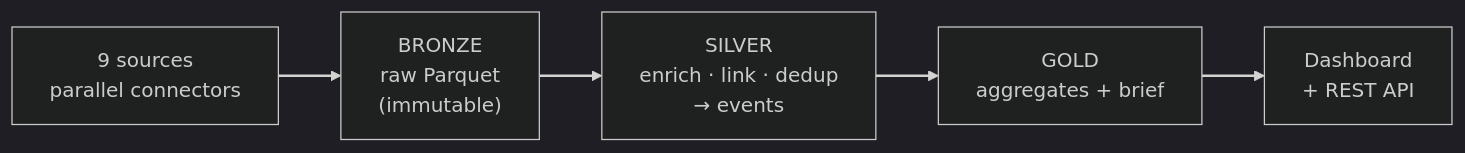
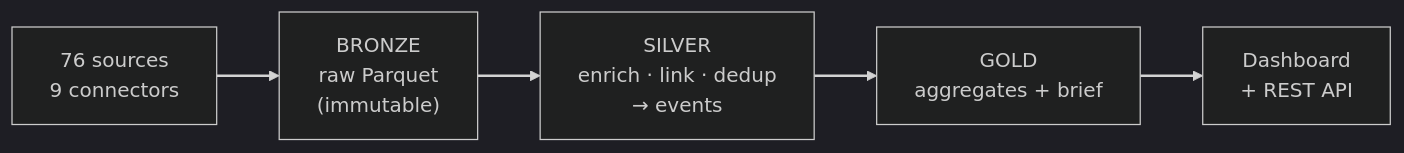
One commit to lala-david/conflict-intel changed the first of 2 diagrams in README.md. Above: the diagram before and after it, drawn with Mermaid (dark theme). The commit also changed other lines of this file and 5 other files, not shown here.

````diff
--- a/README.md
+++ b/README.md
@@ -31,9 +31,9 @@
 ```mermaid
 graph LR
-    S["9 sources\nparallel connectors"] --> B["BRONZE\nraw Parquet\n(immutable)"]
+    S["76 sources\n9 connectors"] --> B["BRONZE\nraw Parquet\n(immutable)"]
     B --> Si["SILVER\nenrich · link · dedup\n→ events"]
     Si --> G["GOLD\naggregates + brief"]
     G --> D["Dashboard\n+ REST API"]
 
     linkStyle default stroke-width:2px
 ```
````
